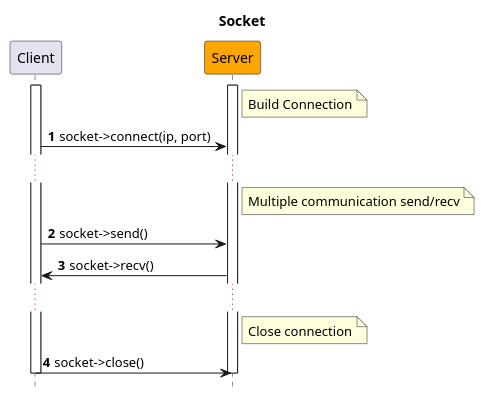
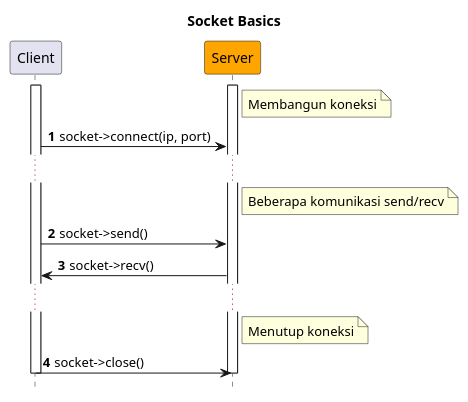
The first of 2 diagrams in docs/id/nsq.md (hyperf/hyperf), drawn with PlantUML before and after one commit. The commit also changed other lines of this file and 9 other files, not shown here.

````diff
--- a/docs/id/nsq.md
+++ b/docs/id/nsq.md
@@ -309,30 +265,30 @@
 ```plantuml
 @startuml
 
 autonumber
 hide footbox
-title **Socket**
+title **Socket Basics**
 
 participant "Client" as client
 participant "Server" as server #orange
 
 activate client
 activate server
 
-note right of server: Build Connection
+note right of server: Membangun koneksi
 client -> server: socket->connect(ip, port)
 
 ...
-note right of server: Multiple communication send/recv
+note right of server: Beberapa komunikasi send/recv
 client -> server: socket->send()
 server-> client: socket->recv()
 ...
 
-note right of server: Close connection
+note right of server: Menutup koneksi
 client->server: socket->close()
 
 deactivate client
 deactivate server
 
 @enduml
 ```
````
